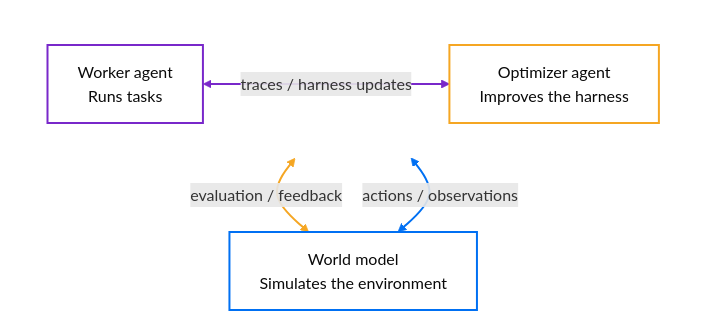
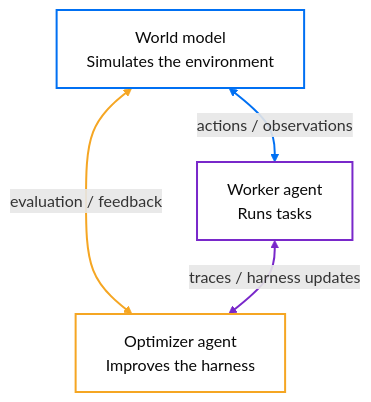
One commit to experientiallabs/experiential changed the diagram in README.md. Above: the diagram before and after it, drawn with Mermaid.

Commit message:
Fix three-agent figure layout

````diff
--- a/README.md
+++ b/README.md
@@ -7,26 +7,21 @@
 ```mermaid
 flowchart TB
     world["World model<br/>Simulates the environment"]
-
-    subgraph agents[" "]
-        direction LR
-        worker["Worker agent<br/>Runs tasks"]
-        optimizer["Optimizer agent<br/>Improves the harness"]
-    end
+    worker["Worker agent<br/>Runs tasks"]
+    optimizer["Optimizer agent<br/>Improves the harness"]
 
     world <-->|"actions / observations"| worker
+    world <-->|"evaluation / feedback"| optimizer
     worker <-->|"traces / harness updates"| optimizer
-    optimizer <-->|"evaluation / feedback"| world
 
     classDef world fill:#ffffff,stroke:#0070f3,color:#0a0a0a,stroke-width:2px
     classDef worker fill:#ffffff,stroke:#7928ca,color:#0a0a0a,stroke-width:2px
     classDef optimizer fill:#ffffff,stroke:#f5a623,color:#0a0a0a,stroke-width:2px
 
     class world world
     class worker worker
     class optimizer optimizer
-    style agents fill:transparent,stroke:transparent
     linkStyle 0 stroke:#0070f3,stroke-width:2px
-    linkStyle 1 stroke:#7928ca,stroke-width:2px
-    linkStyle 2 stroke:#f5a623,stroke-width:2px
+    linkStyle 1 stroke:#f5a623,stroke-width:2px
+    linkStyle 2 stroke:#7928ca,stroke-width:2px
 ```
````
